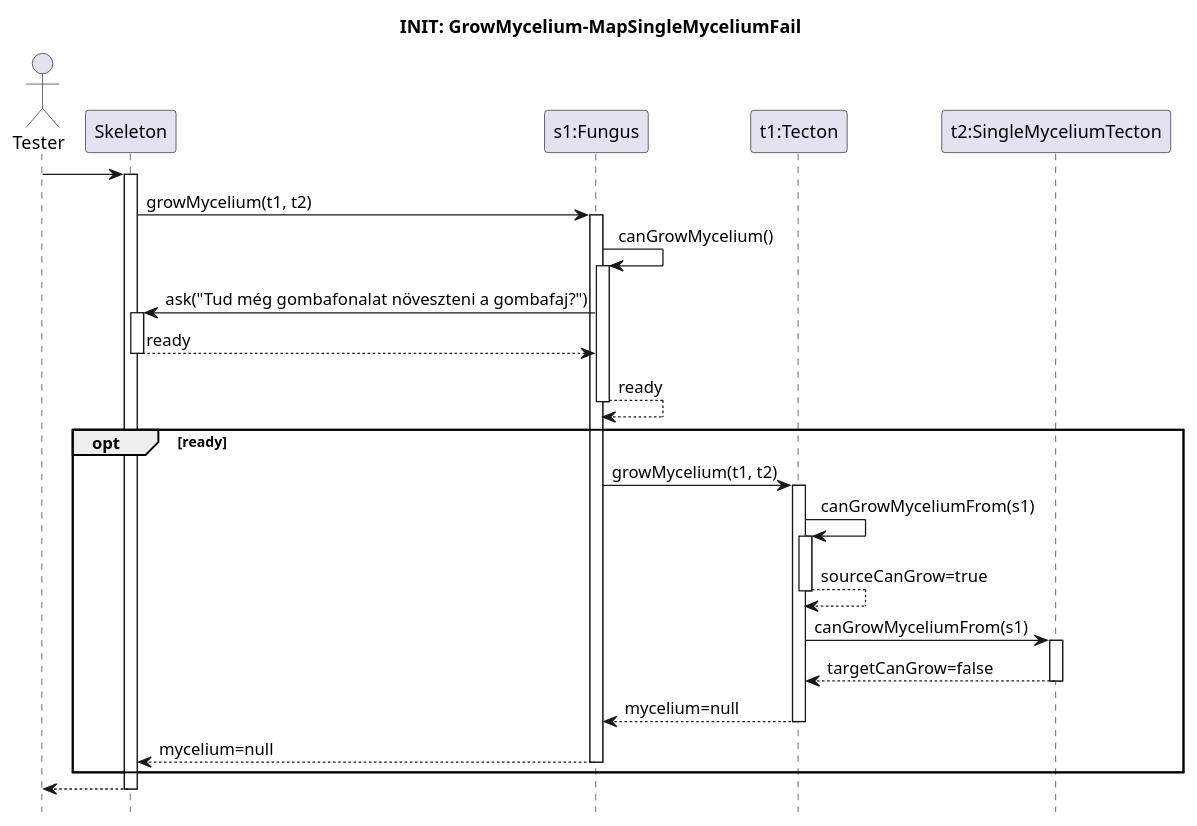
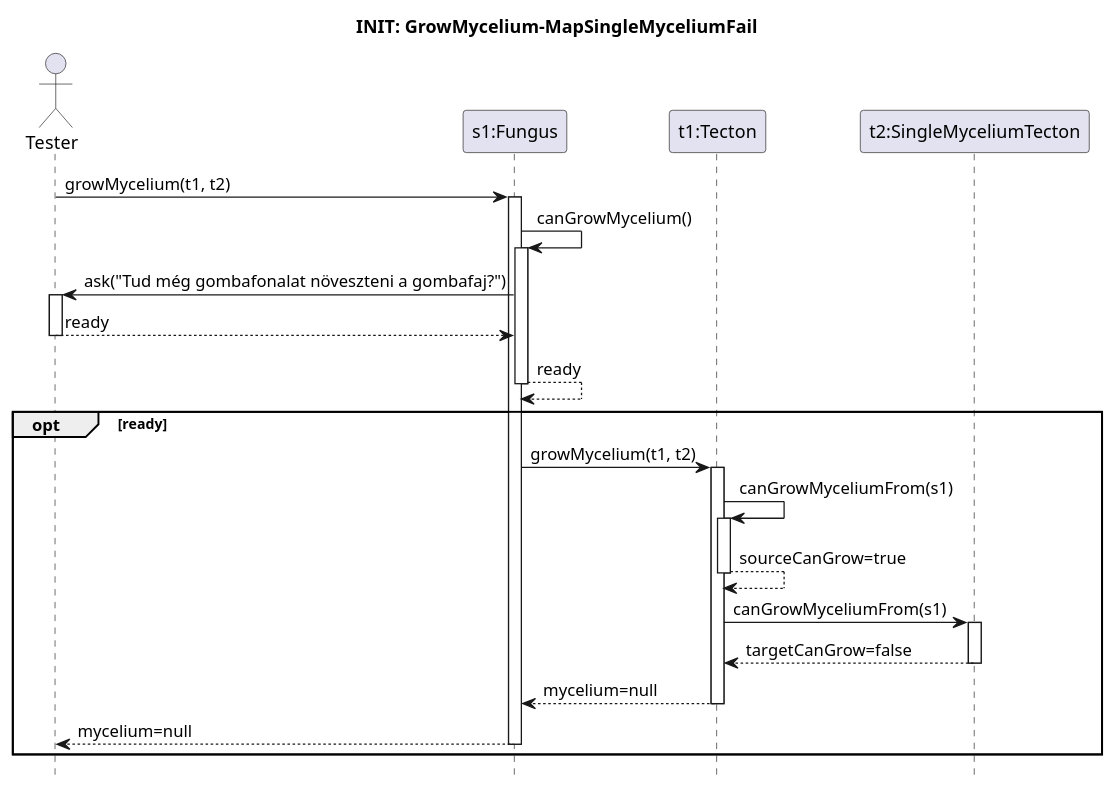
One commit to ZD4ve/projlab-error521 changed the diagram in Skeleton/Grow-mycelium/singlemycelium-fail.pu. Above: the diagram before and after it, drawn with PlantUML. The commit also changed 5 other files, not shown here.

Commit message:
removed Skeleton from the closet (seq. diagrams)

```diff
--- a/Skeleton/Grow-mycelium/singlemycelium-fail.pu
+++ b/Skeleton/Grow-mycelium/singlemycelium-fail.pu
@@ -1,45 +1,40 @@
 @startuml grow-mycelium-success
 hide footbox
 
 title INIT: GrowMycelium-MapSingleMyceliumFail
 
 actor Tester
-participant Skeleton
 participant "s1:Fungus" as species
 participant "t1:Tecton" as source
 participant "t2:SingleMyceliumTecton" as target
 
-Tester -> Skeleton
-activate Skeleton
-
-Skeleton -> species : growMycelium(t1, t2)
+Tester -> species : growMycelium(t1, t2)
 activate species
 
 species -> species : canGrowMycelium()
 activate species
 
-Skeleton <- species : ask("Tud még gombafonalat növeszteni a gombafaj?")
-activate Skeleton
+Tester <- species : ask("Tud még gombafonalat növeszteni a gombafaj?")
+activate Tester
 return ready
 
 return ready
 
 opt ready
 
     species -> source : growMycelium(t1, t2)
     activate source
         source -> source : canGrowMyceliumFrom(s1)
         activate source
         return sourceCanGrow=true
 
         source -> target : canGrowMyceliumFrom(s1)
         activate target
         return targetCanGrow=false
 
         return mycelium=null
 
     return mycelium=null
 end
-return
 
 @enduml
```
